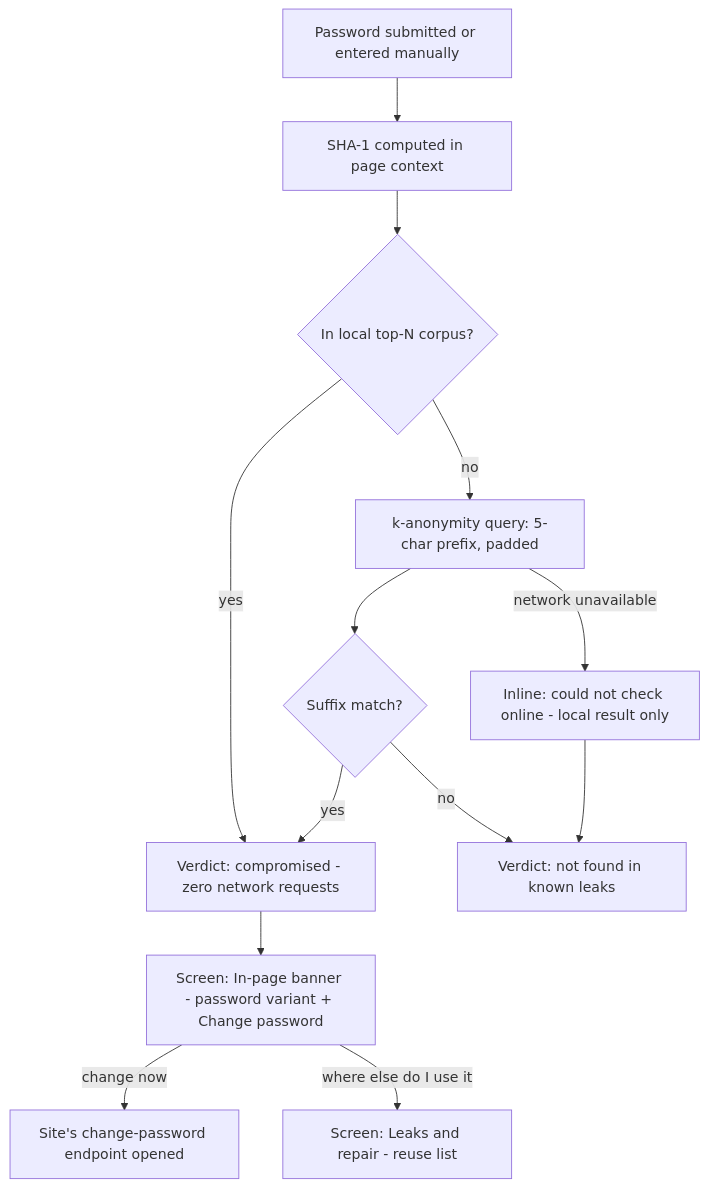
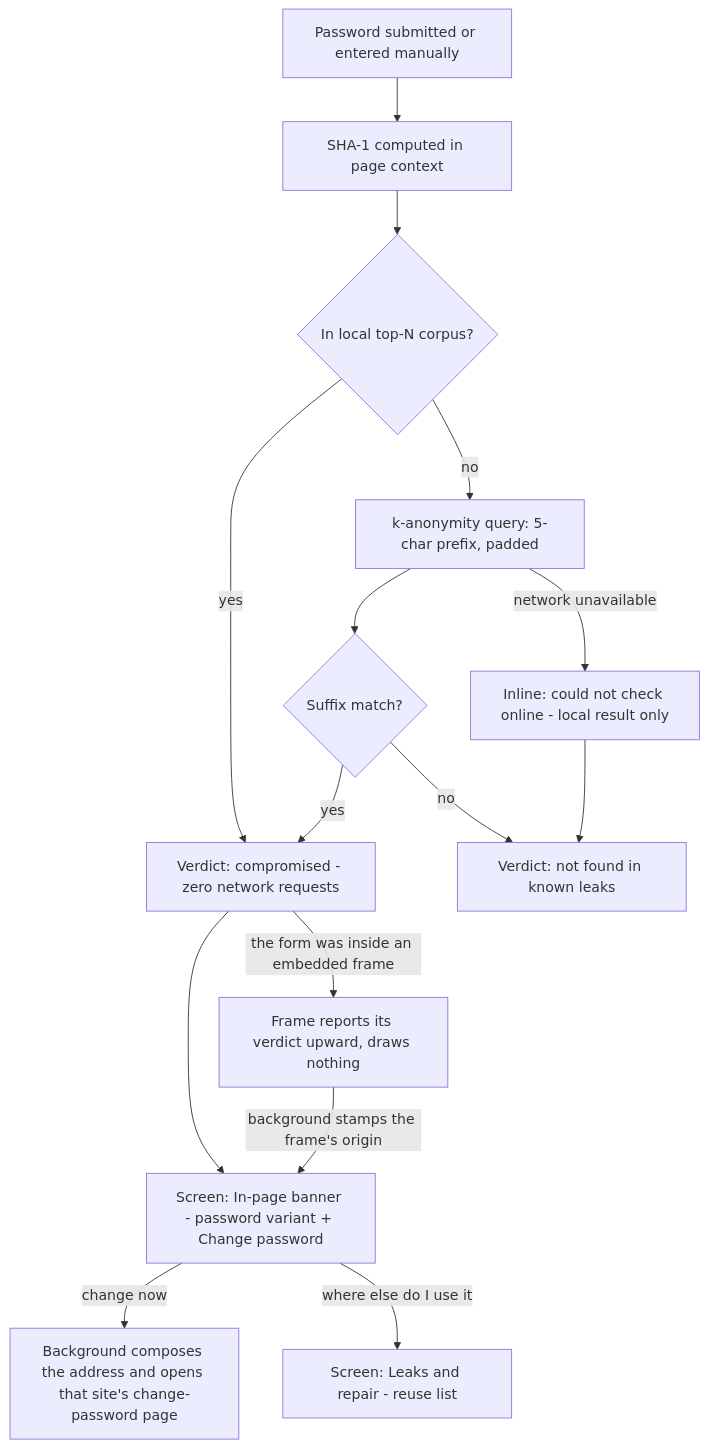
The tenth of 18 diagrams in docs/ux/flows.md (ssheleg/okolos), drawn with Mermaid before and after one commit. The commit also changed other lines of this file and 18 other files, not shown here.

First line of the commit message:
feat(password): a password submitted from a frame is checked, and "change password" finally does something

````diff
--- a/docs/ux/flows.md
+++ b/docs/ux/flows.md
@@ -292,15 +292,17 @@
 ```mermaid
 flowchart TD
   A[Password submitted or entered manually] --> B[SHA-1 computed in page context]
   B --> C{In local top-N corpus?}
   C -->|yes| D[Verdict: compromised - zero network requests]
   C -->|no| E[k-anonymity query: 5-char prefix, padded]
   E --> F{Suffix match?}
   F -->|yes| D
   F -->|no| G[Verdict: not found in known leaks]
   E -->|network unavailable| E_err[Inline: could not check online - local result only]
   E_err --> G
   D --> H[Screen: In-page banner - password variant + Change password]
-  H -->|change now| I[Site's change-password endpoint opened]
+  D -->|the form was inside an embedded frame| F2[Frame reports its verdict upward, draws nothing]
+  F2 -->|background stamps the frame's origin| H
+  H -->|change now| I[Background composes the address and opens that site's change-password page]
   H -->|where else do I use it| J[Screen: Leaks and repair - reuse list]
 ```
````
